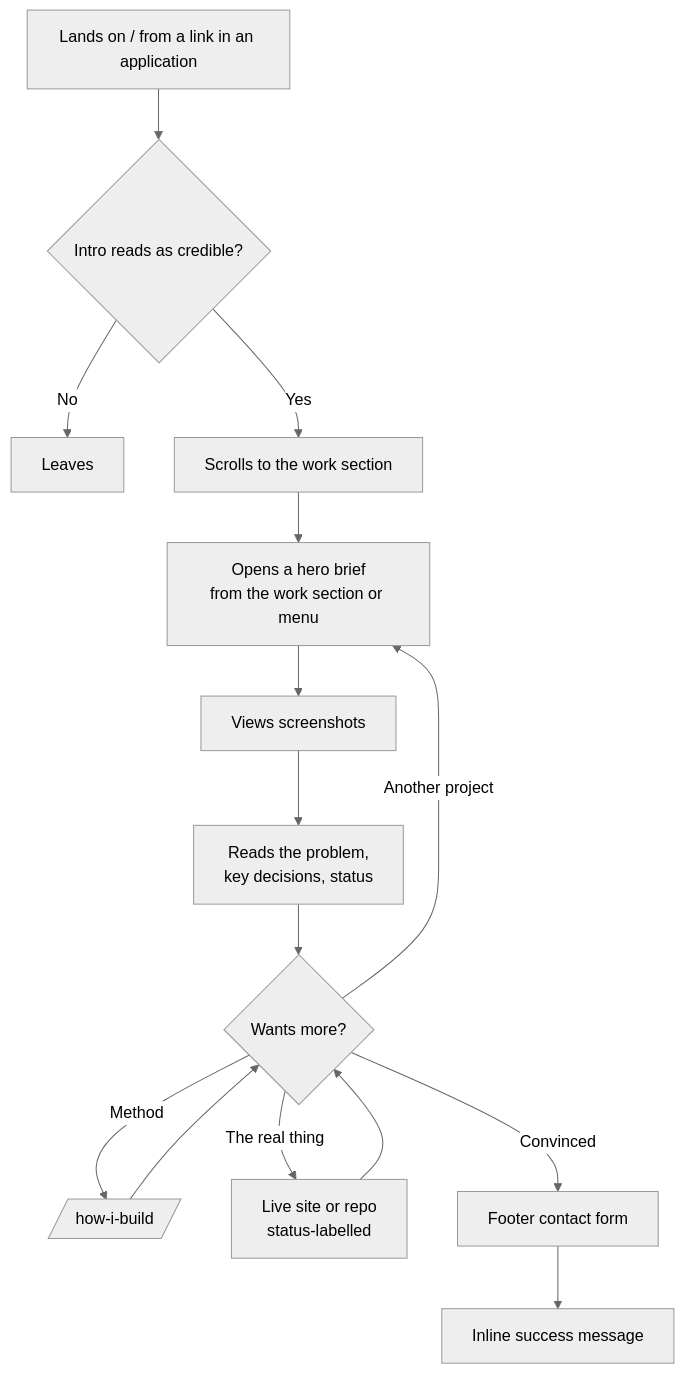
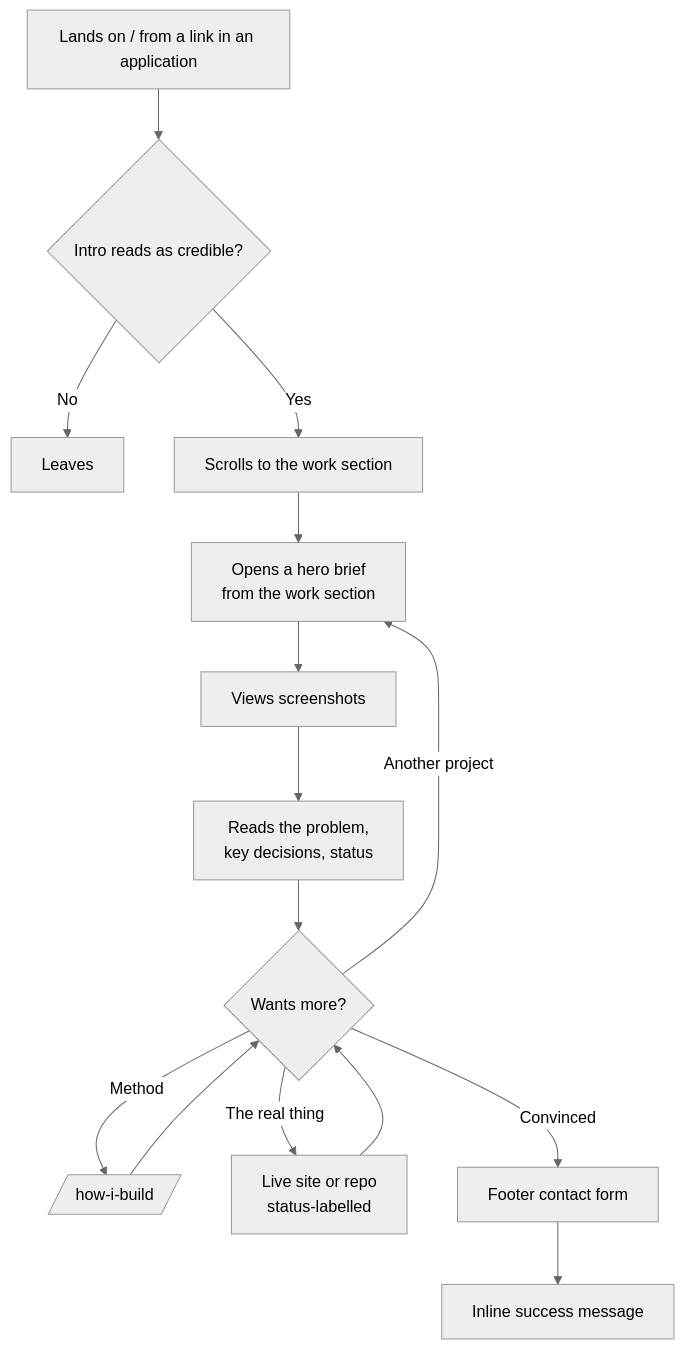
The diagram in docs/user-flows.md (garyreyes/Portfolio), drawn with Mermaid (neutral theme) before and after one commit. The commit also changed other lines of this file and 20 other files, not shown here.

````diff
--- a/docs/user-flows.md
+++ b/docs/user-flows.md
@@ -104,17 +115,17 @@
 ```mermaid
 flowchart TD
     A[Lands on / from a link in an application] --> B{Intro reads as credible?}
     B -->|No| X[Leaves]
     B -->|Yes| C[Scrolls to the work section]
-    C --> D[Opens a hero brief<br/>from the work section or menu]
+    C --> D[Opens a hero brief<br/>from the work section]
     D --> E[Views screenshots]
     E --> F[Reads the problem,<br/>key decisions, status]
     F --> G{Wants more?}
     G -->|Method| H[/how-i-build/]
     G -->|Another project| D
     G -->|The real thing| I[Live site or repo<br/>status-labelled]
     G -->|Convinced| J[Footer contact form]
     H --> G
     I --> G
     J --> K[Inline success message]
 ```
````
